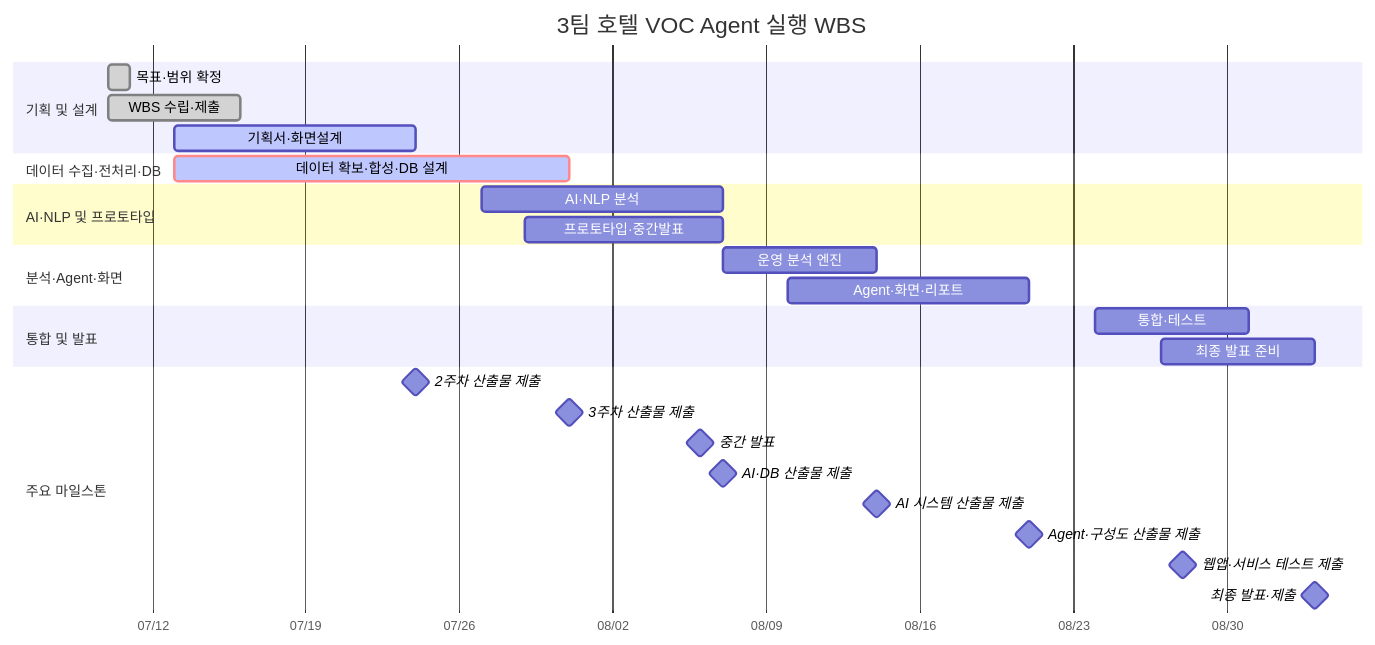
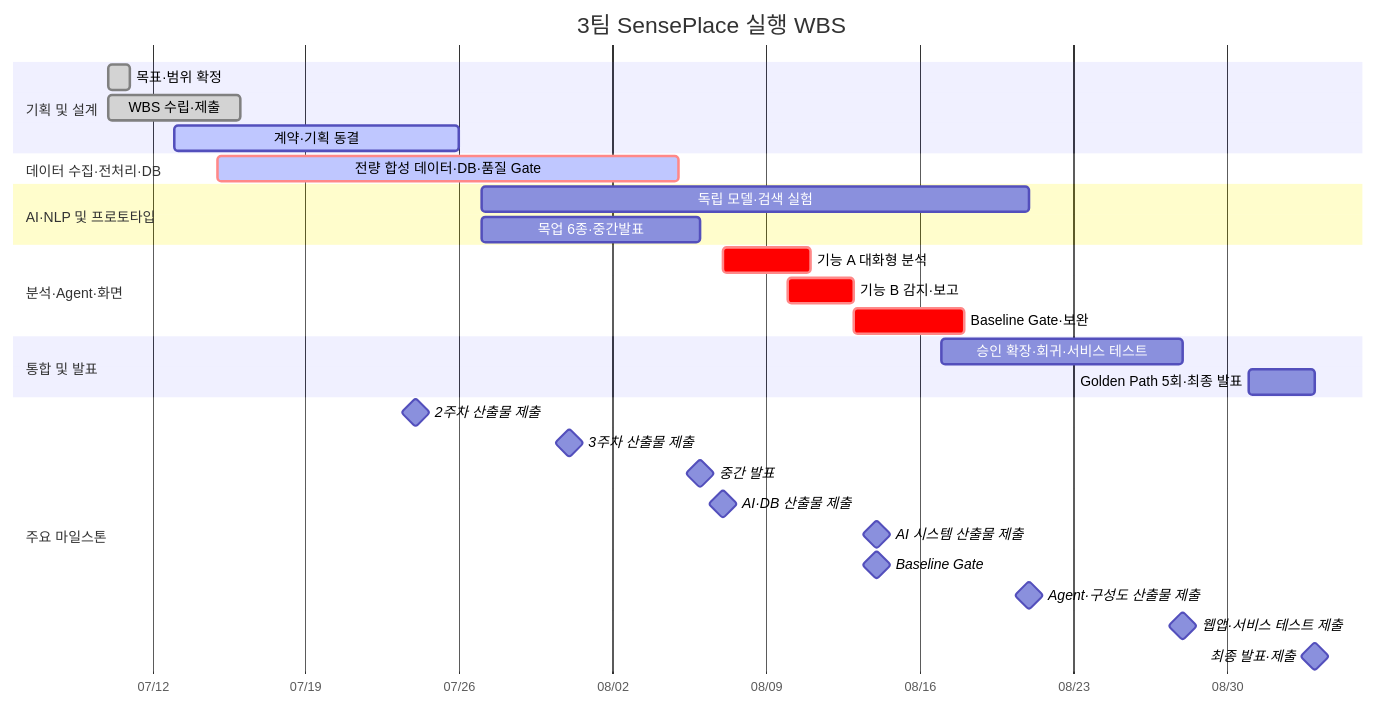
One commit to hijun318-eng/skn29_final_3team changed the diagram in docs/markdown/02_WBS.md. Above: the diagram before and after it, drawn with Mermaid. The commit also changed other lines of this file and 6 other files, not shown here.

Commit message:
docs(planning): SensePlace 문서와 후속 실행 프롬프트 동기화

````diff
--- a/docs/markdown/02_WBS.md
+++ b/docs/markdown/02_WBS.md
@@ -60,36 +63,38 @@
 ```mermaid
 gantt
-    title 3팀 호텔 VOC Agent 실행 WBS
+    title 3팀 SensePlace 실행 WBS
     dateFormat  YYYY-MM-DD
     axisFormat  %m/%d
 
     section 기획 및 설계
     목표·범위 확정                  :done, wbs_11, 2026-07-10, 1d
     WBS 수립·제출                   :done, wbs_14, 2026-07-10, 2026-07-16
-    기획서·화면설계                 :active, phase_1, 2026-07-13, 2026-07-24
+    계약·기획 동결                  :active, phase_1, 2026-07-13, 2026-07-26
 
     section 데이터 수집·전처리·DB
-    데이터 확보·합성·DB 설계        :crit, active, phase_2, 2026-07-13, 2026-07-31
+    전량 합성 데이터·DB·품질 Gate    :crit, active, phase_2, 2026-07-15, 2026-08-05
 
     section AI·NLP 및 프로토타입
-    AI·NLP 분석                    :phase_3, 2026-07-27, 2026-08-07
-    프로토타입·중간발표             :phase_4, 2026-07-29, 2026-08-07
+    독립 모델·검색 실험             :phase_3, 2026-07-27, 2026-08-21
+    목업 6종·중간발표               :phase_4, 2026-07-27, 2026-08-06
 
     section 분석·Agent·화면
-    운영 분석 엔진                 :phase_5, 2026-08-07, 2026-08-14
-    Agent·화면·리포트              :phase_6, 2026-08-10, 2026-08-21
+    기능 A 대화형 분석              :crit, phase_5a, 2026-08-07, 2026-08-11
+    기능 B 감지·보고                :crit, phase_5b, 2026-08-10, 2026-08-13
+    Baseline Gate·보완              :crit, phase_6, 2026-08-13, 2026-08-18
 
     section 통합 및 발표
-    통합·테스트                    :phase_7, 2026-08-24, 2026-08-31
-    최종 발표 준비                 :phase_8, 2026-08-27, 2026-09-03
+    승인 확장·회귀·서비스 테스트     :phase_7, 2026-08-17, 2026-08-28
+    Golden Path 5회·최종 발표        :phase_8, 2026-08-31, 2026-09-03
 
     section 주요 마일스톤
     2주차 산출물 제출               :milestone, ms_0724, 2026-07-24, 0d
     3주차 산출물 제출               :milestone, ms_0731, 2026-07-31, 0d
     중간 발표                      :milestone, ms_0806, 2026-08-06, 0d
     AI·DB 산출물 제출               :milestone, ms_0807, 2026-08-07, 0d
     AI 시스템 산출물 제출           :milestone, ms_0814, 2026-08-14, 0d
+    Baseline Gate                  :milestone, gate_0814, 2026-08-14, 0d
     Agent·구성도 산출물 제출        :milestone, ms_0821, 2026-08-21, 0d
     웹앱·서비스 테스트 제출         :milestone, ms_0828, 2026-08-28, 0d
     최종 발표·제출                 :milestone, ms_0903, 2026-09-03, 0d
 ```
````
